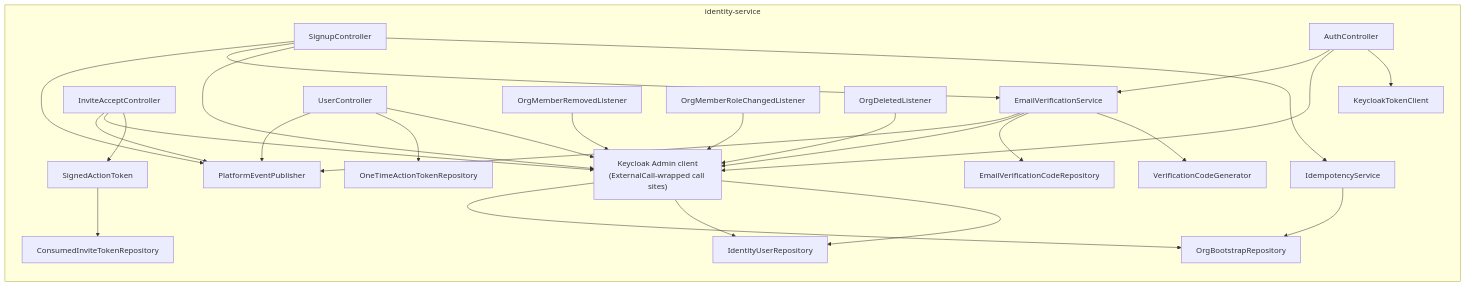
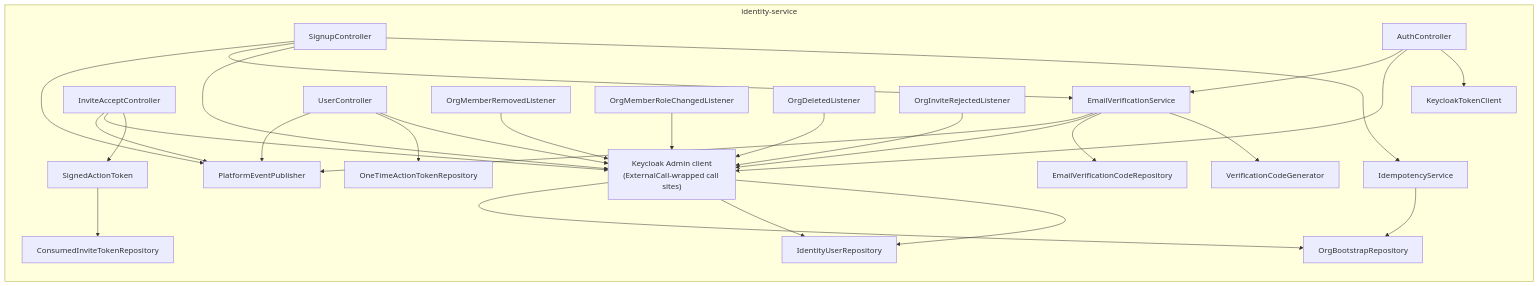
Before and after one commit to Wamitinewton/Pallet.io: the eighth of 8 diagrams in docs/identity-service/ARCHITECTURE.md, drawn with Mermaid. The commit also changed other lines of this file and 240 other files, not shown here.

````diff
--- a/docs/identity-service/ARCHITECTURE.md
+++ b/docs/identity-service/ARCHITECTURE.md
@@ -785,46 +790,48 @@
 ```mermaid
 flowchart TB
     subgraph IdentitySvc["identity-service"]
         direction TB
         SC[SignupController]
         IC[InviteAcceptController]
         AC[AuthController]
         UC[UserController]
         Idem[IdempotencyService]
         Tok[SignedActionToken]
         Ver[EmailVerificationService]
         Gen[VerificationCodeGenerator]
         KCAdmin["Keycloak Admin client<br/>(ExternalCall-wrapped call sites)"]
         KCToken[KeycloakTokenClient]
         L1[OrgMemberRemovedListener]
         L2[OrgMemberRoleChangedListener]
         L3[OrgDeletedListener]
+        L4[OrgInviteRejectedListener]
         Repo1[OrgBootstrapRepository]
         Repo2[IdentityUserRepository]
         Repo3[OneTimeActionTokenRepository]
         Repo4[ConsumedInviteTokenRepository]
         Repo5[EmailVerificationCodeRepository]
         Pub[PlatformEventPublisher]
     end
 
     SC --> Idem --> Repo1
     SC --> KCAdmin --> Repo2
     SC --> Ver
     SC --> Pub
     IC --> Tok --> Repo4
     IC --> KCAdmin
     IC --> Pub
     AC --> KCToken
     AC --> KCAdmin
     AC --> Ver
     Ver --> Gen
     Ver --> Repo5
     Ver --> KCAdmin
     Ver --> Pub
     UC --> KCAdmin
     UC --> Repo3
     UC --> Pub
     L1 --> KCAdmin --> Repo2
     L2 --> KCAdmin
     L3 --> KCAdmin --> Repo1
+    L4 --> KCAdmin
 ```
````
